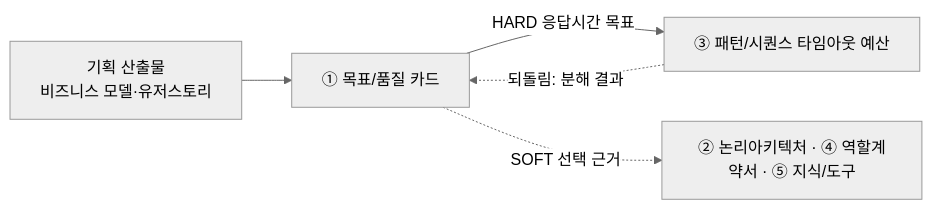
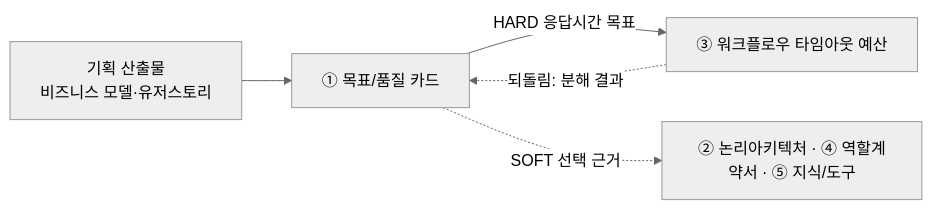
The diagram in design-architecture/guides/01-목표품질속성카드-가이드.md (unicorn-campus/unicorn-skills), drawn with Mermaid (neutral theme) before and after one commit. The commit also changed other lines of this file and 26 other files, not shown here.

First line of the commit message:
Rename design document ③ from 패턴/시퀀스 to 워크플로우

````diff
--- a/design-architecture/guides/01-목표품질속성카드-가이드.md
+++ b/design-architecture/guides/01-목표품질속성카드-가이드.md
@@ -17,7 +17,7 @@
 ```mermaid
 flowchart LR
   BM["기획 산출물<br/>비즈니스 모델·유저스토리"] --> C["① 목표/품질 카드"]
-  C -->|"HARD 응답시간 목표"| S3["③ 패턴/시퀀스 타임아웃 예산"]
+  C -->|"HARD 응답시간 목표"| S3["③ 워크플로우 타임아웃 예산"]
   C -.->|"SOFT 선택 근거"| S2["② 논리아키텍처 · ④ 역할계약서 · ⑤ 지식/도구"]
   S3 -.->|"되돌림: 분해 결과"| C
 ```
````
